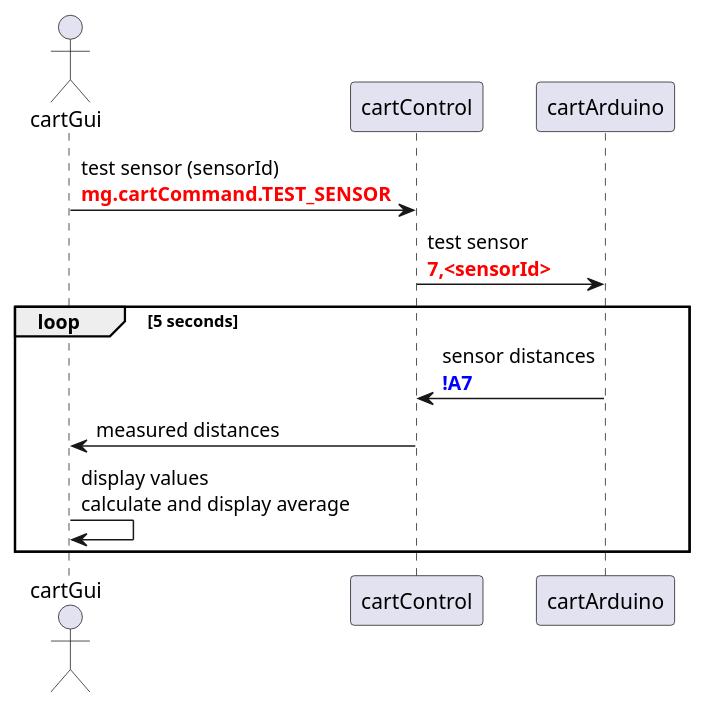
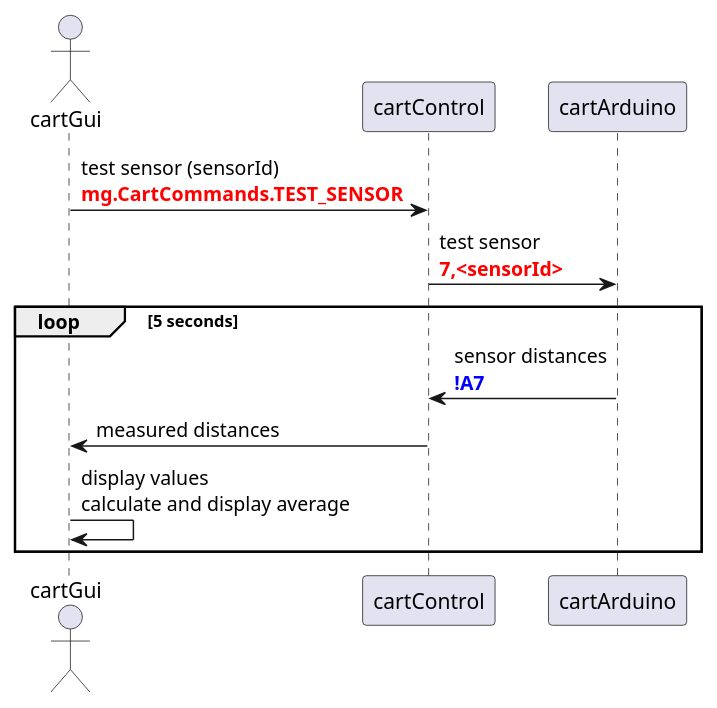
One commit to FNREnterprises/cartControl changed the second of 3 diagrams in README.md. Above: the diagram before and after it, drawn with PlantUML. The commit also changed other lines of this file and 12 other files, not shown here.

`````diff
--- a/README.md
+++ b/README.md
@@ -77,12 +76,12 @@
 ````puml
 @startuml
     actor cartGui
-    cartGui -> cartControl : test sensor (sensorId)\n<font color=red><b>mg.cartCommand.TEST_SENSOR
+    cartGui -> cartControl : test sensor (sensorId)\n<font color=red><b>mg.CartCommands.TEST_SENSOR
     cartControl -> cartArduino : test sensor\n<font color=red><b>7,<sensorId>
     loop 5 seconds
         cartArduino -> cartControl : sensor distances\n<font color=blue><b>!A7
         cartControl -> cartGui : measured distances
         cartGui -> cartGui : display values\ncalculate and display average
     end
 @enduml
 ````
`````
